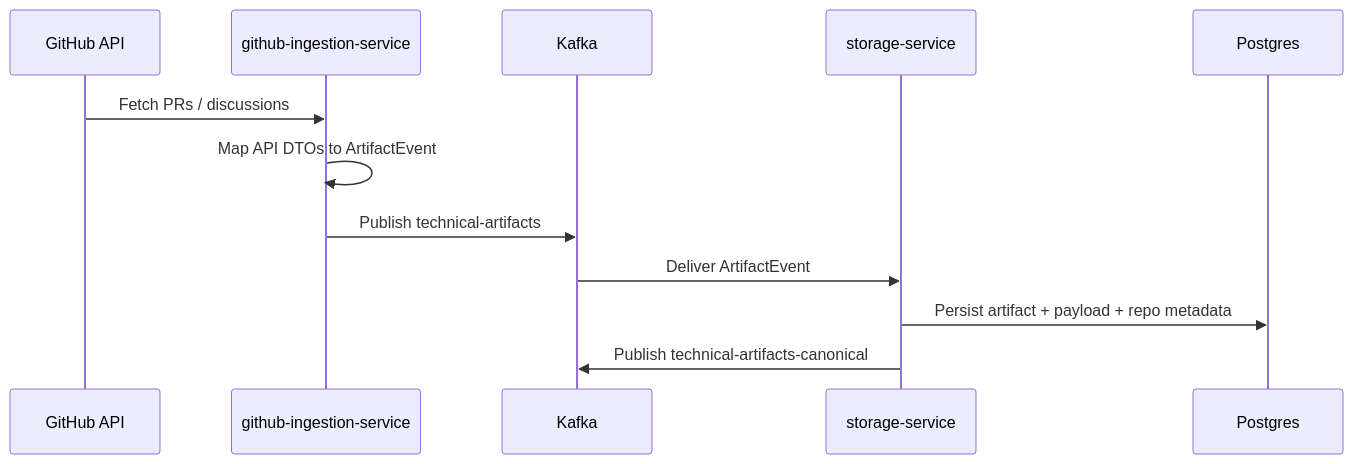
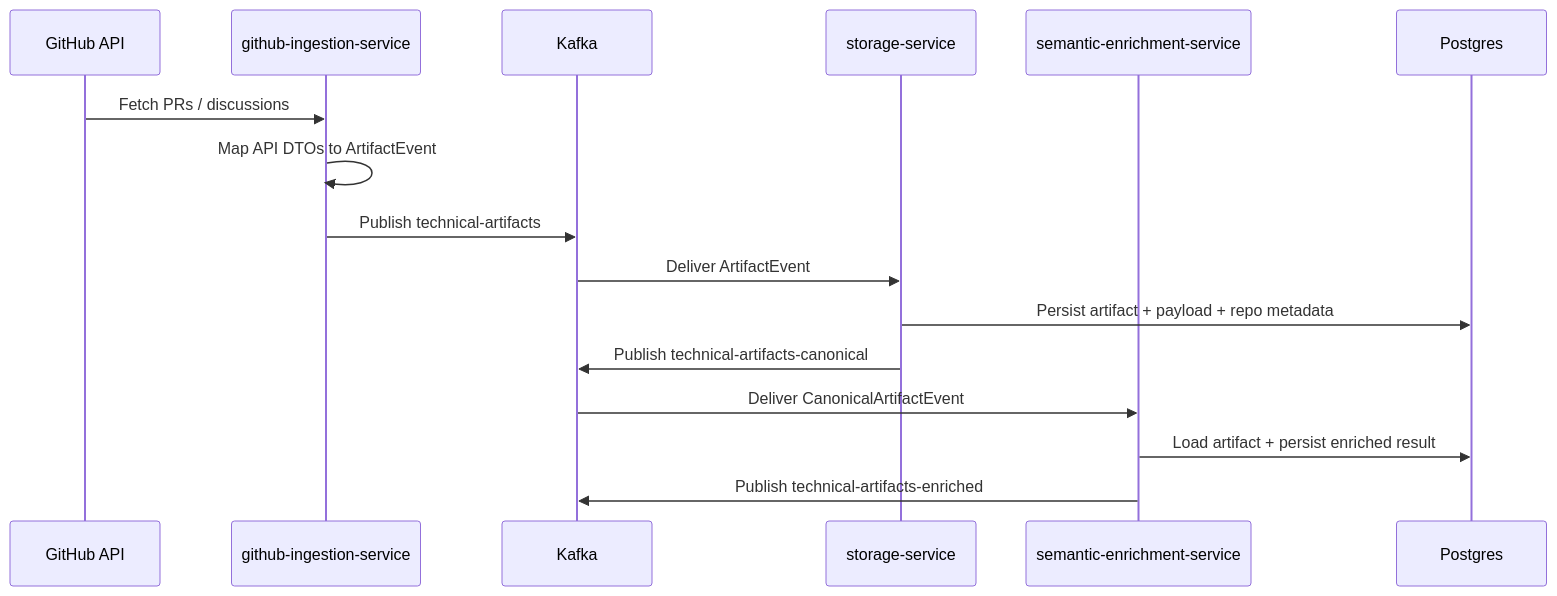
One commit to sivaanand13/change-owl changed the second of 2 diagrams in README.md. Above: the diagram before and after it, drawn with Mermaid. The commit also changed other lines of this file and 24 other files, not shown here.

First line of the commit message:
feat: add semantic enrichment service

````diff
--- a/README.md
+++ b/README.md
@@ -54,15 +59,19 @@
 ```mermaid
 sequenceDiagram
 	participant GitHub as GitHub API
 	participant Ingestion as github-ingestion-service
 	participant Kafka as Kafka
 	participant Storage as storage-service
+	participant Semantic as semantic-enrichment-service
 	participant Postgres as Postgres
 
 	GitHub->>Ingestion: Fetch PRs / discussions
 	Ingestion->>Ingestion: Map API DTOs to ArtifactEvent
 	Ingestion->>Kafka: Publish technical-artifacts
 	Kafka->>Storage: Deliver ArtifactEvent
 	Storage->>Postgres: Persist artifact + payload + repo metadata
 	Storage->>Kafka: Publish technical-artifacts-canonical
+	Kafka->>Semantic: Deliver CanonicalArtifactEvent
+	Semantic->>Postgres: Load artifact + persist enriched result
+	Semantic->>Kafka: Publish technical-artifacts-enriched
 ```
````
